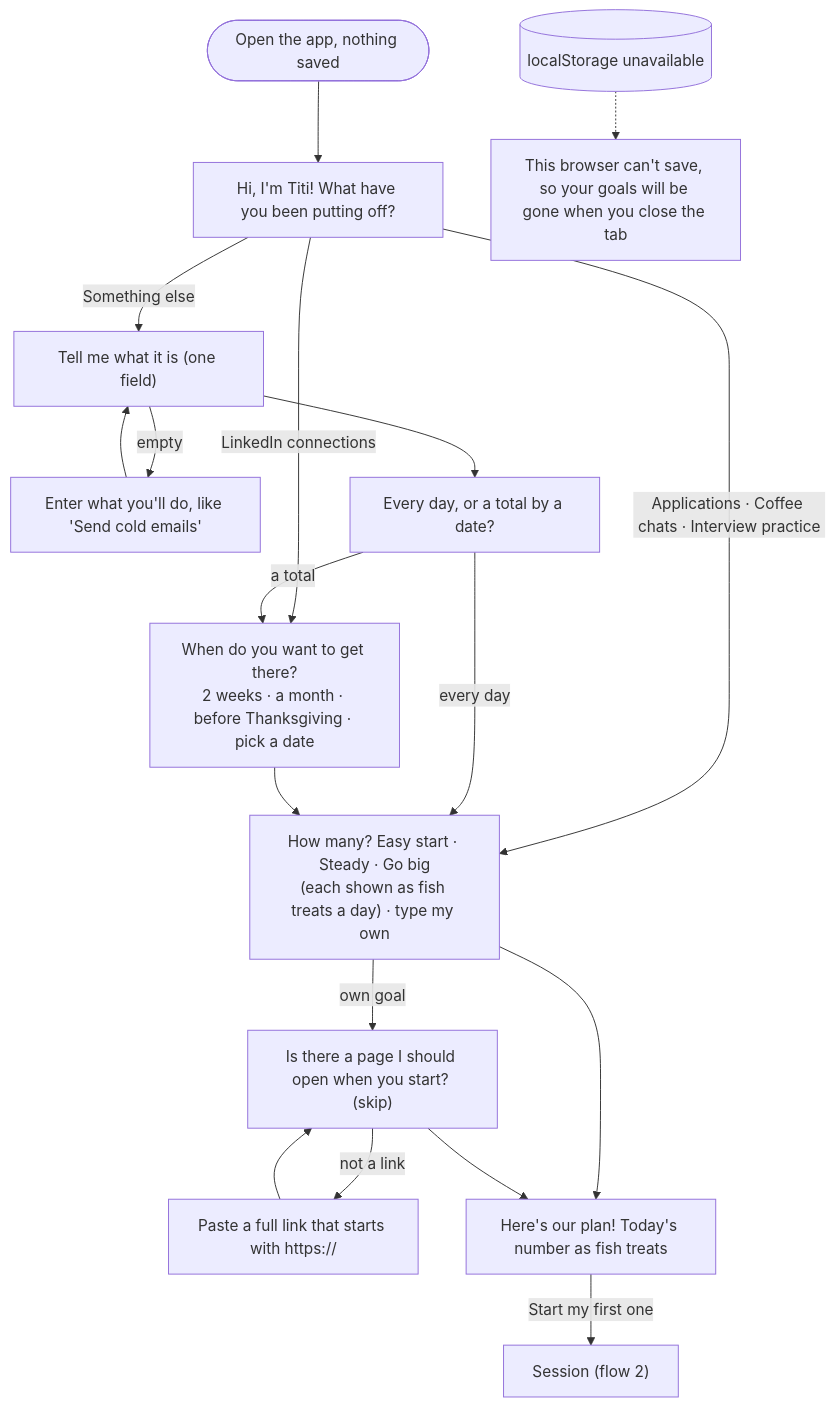
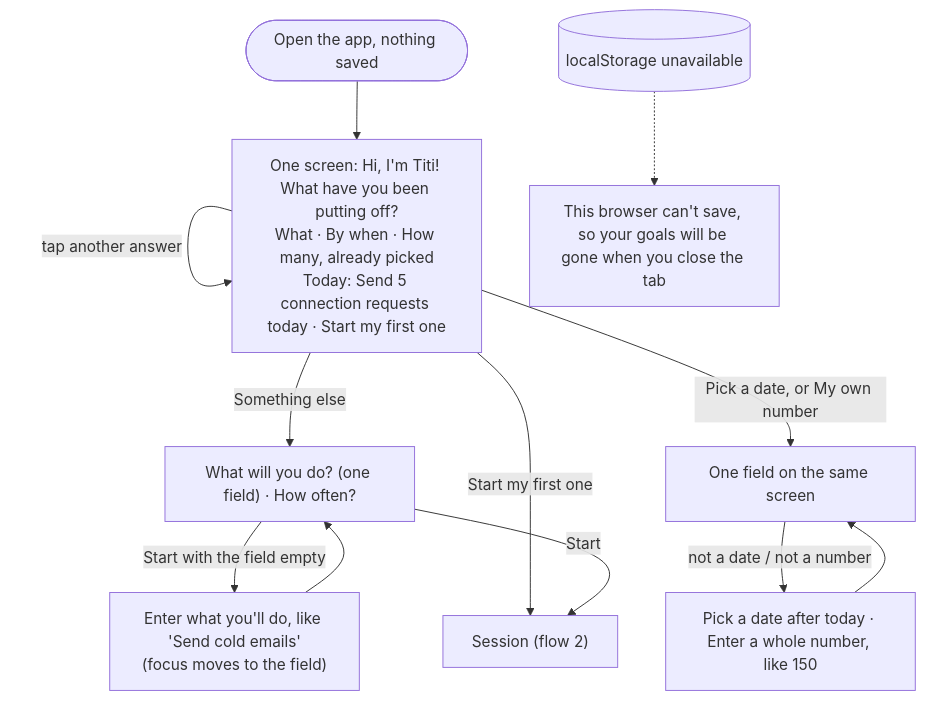
One commit to jessieyiqichen/dbs-a3 changed the first of 4 diagrams in flows.md. Above: the diagram before and after it, drawn with Mermaid. The commit also changed other lines of this file and 3 other files, not shown here.

Commit message:
docs: flows, README and log for the one-screen setup, the new session and the road

````diff
--- a/flows.md
+++ b/flows.md
@@ -13,18 +13,12 @@
 ```mermaid
 flowchart TD
-    A([Open the app, nothing saved]) --> P["Hi, I'm Titi! What have you been putting off?"]
-    P -->|LinkedIn connections| D["When do you want to get there?\n2 weeks · a month · before Thanksgiving · pick a date"]
-    P -->|Applications · Coffee chats · Interview practice| N
-    P -->|Something else| W["Tell me what it is (one field)"]
-    W -->|empty| WE["Enter what you'll do, like 'Send cold emails'"] --> W
-    W --> O["Every day, or a total by a date?"]
-    O -->|a total| D
-    O -->|every day| N
-    D --> N["How many? Easy start · Steady · Go big\n(each shown as fish treats a day) · type my own"]
-    N -->|own goal| L["Is there a page I should open when you start? (skip)"]
-    L -->|not a link| LE["Paste a full link that starts with https://"] --> L
-    N --> PL
-    L --> PL["Here's our plan! Today's number as fish treats"]
-    PL -->|Start my first one| S["Session (flow 2)"]
+    A([Open the app, nothing saved]) --> P["One screen: Hi, I'm Titi! What have you been putting off?\nWhat · By when · How many, already picked\nToday: Send 5 connection requests today · Start my first one"]
+    P -->|tap another answer| P
+    P -->|Something else| W["What will you do? (one field) · How often?"]
+    W -->|Start with the field empty| WE["Enter what you'll do, like 'Send cold emails'\n(focus moves to the field)"] --> W
+    P -->|Pick a date, or My own number| F["One field on the same screen"]
+    F -->|not a date / not a number| FE["Pick a date after today · Enter a whole number, like 150"] --> F
+    P -->|Start my first one| S["Session (flow 2)"]
+    W -->|Start| S
     X[(localStorage unavailable)] -.-> XB["This browser can't save, so your goals will be gone when you close the tab"]
 ```
````
